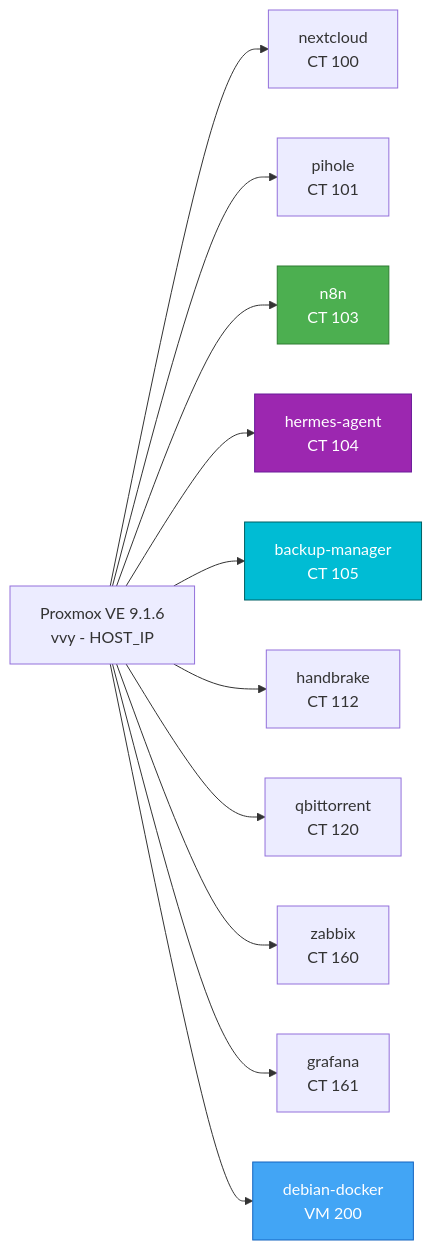
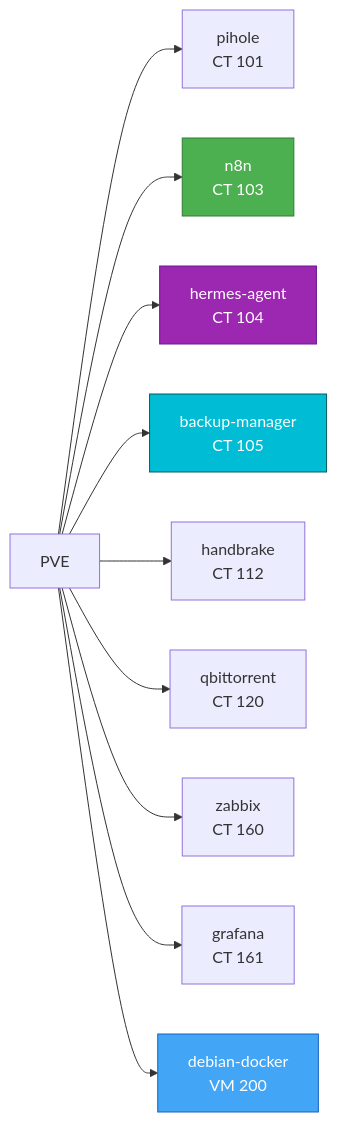
The diagram in docs/proxmox-setup.md (mviniciusy/vvy-homelab), drawn with Mermaid before and after one commit. The commit also changed other lines of this file and 6 other files, not shown here.

````diff
--- a/docs/proxmox-setup.md
+++ b/docs/proxmox-setup.md
@@ -15,19 +15,18 @@
 ```mermaid
 graph LR
-    PVE[Proxmox VE 9.1.6<br/>vvy - HOST_IP] --> LXC100[nextcloud<br/>CT 100]
     PVE --> LXC101[pihole<br/>CT 101]
    
     PVE --> LXC103[n8n<br/>CT 103]
     PVE --> LXC104[hermes-agent<br/>CT 104]
     PVE --> LXC105[backup-manager<br/>CT 105]
     PVE --> LXC112[handbrake<br/>CT 112]
     PVE --> LXC120[qbittorrent<br/>CT 120]
     PVE --> LXC160[zabbix<br/>CT 160]
     PVE --> LXC161[grafana<br/>CT 161]
     PVE --> VM200[debian-docker<br/>VM 200]
 
        style LXC103 fill:#4caf50,stroke:#2e7d32,color:#fff
     style LXC104 fill:#9c27b0,stroke:#6a1b9a,color:#fff
     style LXC105 fill:#00bcd4,stroke:#006064,color:#fff
     style VM200 fill:#42a5f5,stroke:#1565c0,color:#fff
 ```
````
